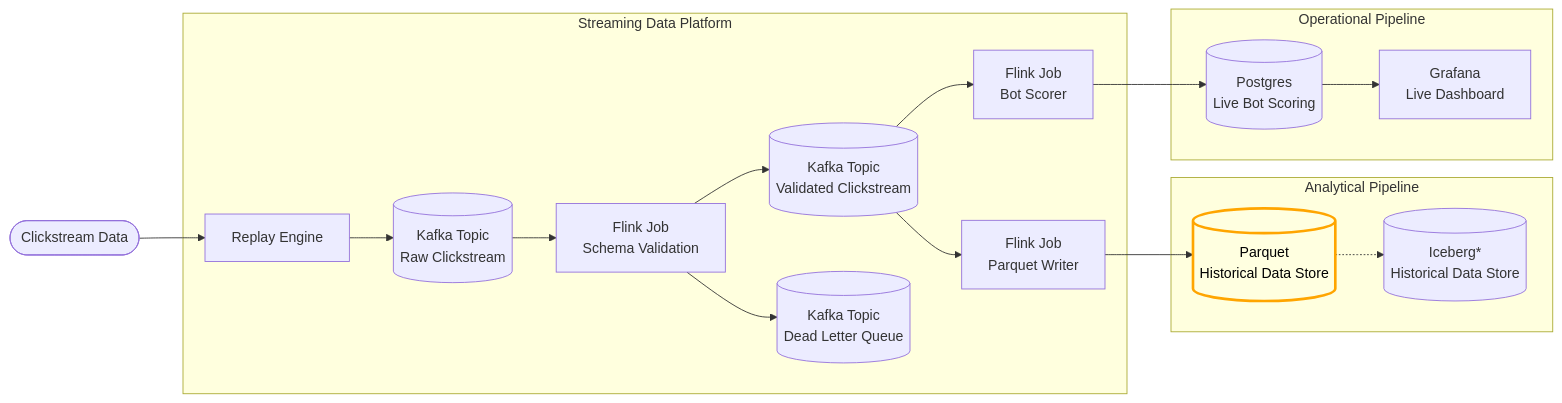
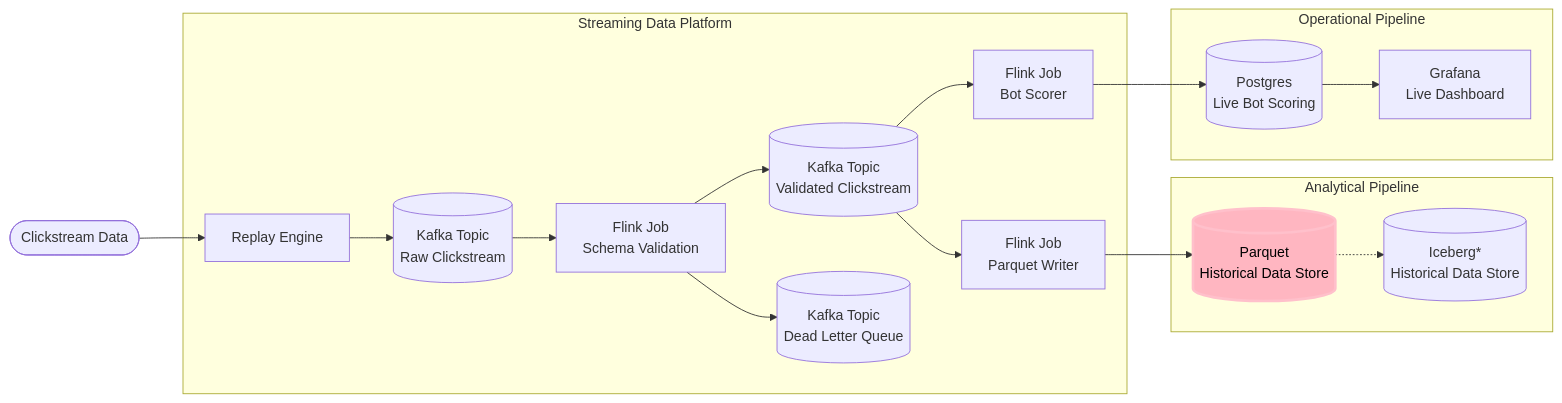
The eighth of 10 diagrams in project-3-streaming-bot-detection/README.md (Rez99/data-engineering-portfolio), drawn with Mermaid before and after one commit. The commit also changed other lines of this file, not shown here.

Commit message:
Update highlighted class colors in flowcharts to improve visual clarity

````diff
--- a/project-3-streaming-bot-detection/README.md
+++ b/project-3-streaming-bot-detection/README.md
@@ -897,60 +897,60 @@
 ```mermaid
 flowchart LR
 
     DATA([Clickstream Data])
 
     subgraph STREAMING["Streaming Data Platform"]
 
         REPLAY[Replay Engine]
 
         RAW[("Kafka Topic<br>Raw Clickstream")]
 
         VALIDATE["Flink Job<br>Schema Validation"]
 
         CLEAN[("Kafka Topic<br>Validated Clickstream")]
 
         DLQ[("Kafka Topic<br>Dead Letter Queue")]
 
         ANALYTICS_JOB["Flink Job<br>Parquet Writer"]
 
         OPERATIONAL_JOB["Flink Job<br>Bot Scorer"]
 
         REPLAY --> RAW
         RAW --> VALIDATE
         VALIDATE --> CLEAN
         VALIDATE --> DLQ
 
         CLEAN --> ANALYTICS_JOB
         CLEAN --> OPERATIONAL_JOB
 
     end
 
     subgraph ANALYTICAL["Analytical Pipeline"]
 
         PARQUET[(Parquet<br>Historical Data Store)]
 
         ICEBERG[(Iceberg*<br>Historical Data Store)]
 
         PARQUET -.-> ICEBERG
 
     end
 
     subgraph OP_PIPELINE["Operational Pipeline"]
 
         POSTGRES[(Postgres<br>Live Bot Scoring)]
 
         GRAFANA["Grafana<br>Live Dashboard"]
 
         POSTGRES --> GRAFANA
 
     end
 
     DATA --> REPLAY
 
     ANALYTICS_JOB --> PARQUET
 
     OPERATIONAL_JOB --> POSTGRES
 
-    classDef highlighted fill:lightyellow,stroke:orange,stroke-width:3px,color:black
+    classDef highlighted fill:lightpink,stroke:pink,stroke-width:3px,color:black
     class PARQUET highlighted
 ```
````
